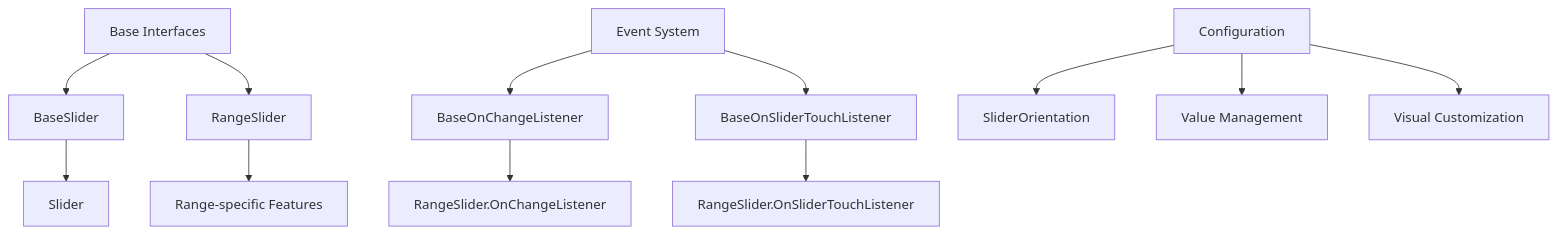
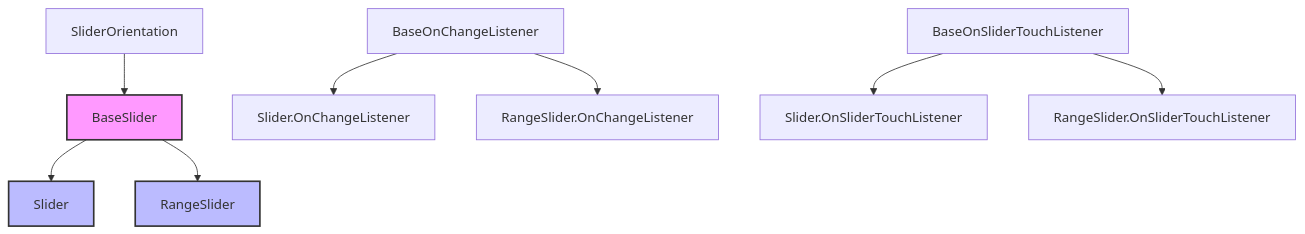
One commit to FSoft-AI4Code/codewiki-demo changed the diagram in docs/material-components--material-components-android-docs/slider.md. Above: the diagram before and after it, drawn with Mermaid. The commit also changed other lines of this file and 1103 other files, not shown here.

````diff
--- a/docs/material-components--material-components-android-docs/slider.md
+++ b/docs/material-components--material-components-android-docs/slider.md
@@ -11,16 +11,14 @@
 ```mermaid
 graph TD
-    A[Base Interfaces] --> B[BaseSlider]
+    A[BaseSlider] --> B[Slider]
     A --> C[RangeSlider]
-    B --> D[Slider]
-    C --> E[Range-specific Features]
+    D[BaseOnChangeListener] --> E[Slider.OnChangeListener]
+    D --> F[RangeSlider.OnChangeListener]
+    G[BaseOnSliderTouchListener] --> H[Slider.OnSliderTouchListener]
+    G --> I[RangeSlider.OnSliderTouchListener]
+    J[SliderOrientation] --> A
     
-    F[Event System] --> G[BaseOnChangeListener]
-    F --> H[BaseOnSliderTouchListener]
-    G --> I[RangeSlider.OnChangeListener]
-    H --> J[RangeSlider.OnSliderTouchListener]
-    
-    K[Configuration] --> L[SliderOrientation]
-    K --> M[Value Management]
-    K --> N[Visual Customization]
+    style A fill:#f9f,stroke:#333,stroke-width:2px
+    style B fill:#bbf,stroke:#333,stroke-width:2px
+    style C fill:#bbf,stroke:#333,stroke-width:2px
 ```
````
